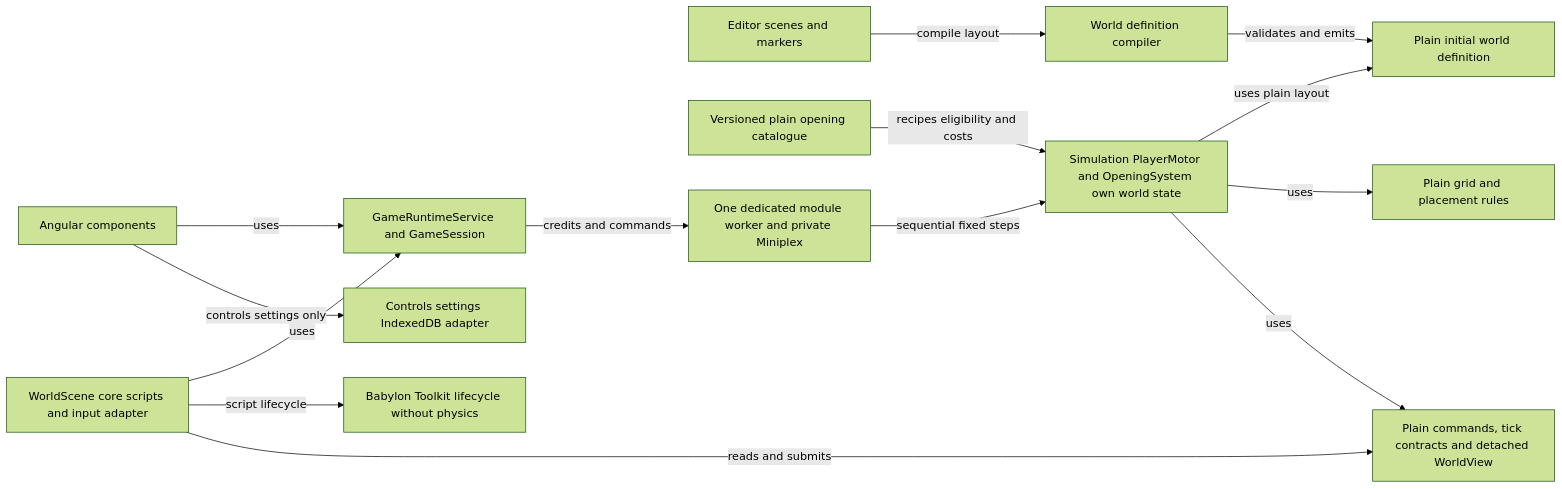
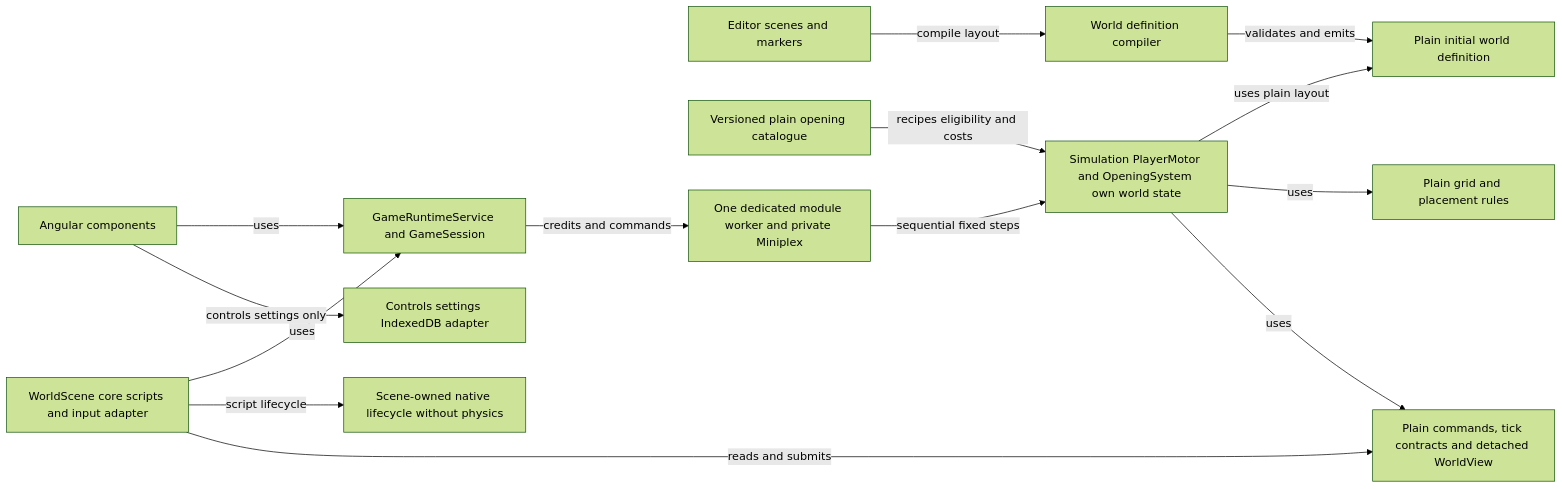
The first of 5 diagrams in docs/plans/README.md (Googlproxer/Scrapworks), drawn with Mermaid (forest theme) before and after one commit. The commit also changed other lines of this file and 167 other files, not shown here.

First line of the commit message:
Modernize runtime architecture and simulation APIs

````diff
--- a/docs/plans/README.md
+++ b/docs/plans/README.md
@@ -122,30 +122,30 @@
 ```mermaid
 flowchart LR
     Angular[Angular components]
     Babylon[WorldScene core scripts and input adapter]
-    Toolkit[Babylon Toolkit lifecycle without physics]
+    Lifecycle[Scene-owned native lifecycle without physics]
     Editor[Editor scenes and markers]
     Compiler[World definition compiler]
     Definition[Plain initial world definition]
     Application[GameRuntimeService and GameSession]
     Simulation[Simulation PlayerMotor and OpeningSystem own world state]
     Content[Versioned plain opening catalogue]
     Grid[Plain grid and placement rules]
     Model[Plain commands, tick contracts and detached WorldView]
     Settings[Controls settings IndexedDB adapter]
 
     Editor -->|compile layout| Compiler
     Compiler -->|validates and emits| Definition
     Simulation -->|uses plain layout| Definition
     Angular -->|uses| Application
     Babylon -->|uses| Application
-    Babylon -->|script lifecycle| Toolkit
+    Babylon -->|script lifecycle| Lifecycle
     Worker[One dedicated module worker and private Miniplex]
     Application -->|credits and commands| Worker
     Worker -->|sequential fixed steps| Simulation
     Angular -->|controls settings only| Settings
     Content -->|recipes eligibility and costs| Simulation
     Simulation -->|uses| Grid
     Simulation -->|uses| Model
     Babylon -->|reads and submits| Model
 ```
````
